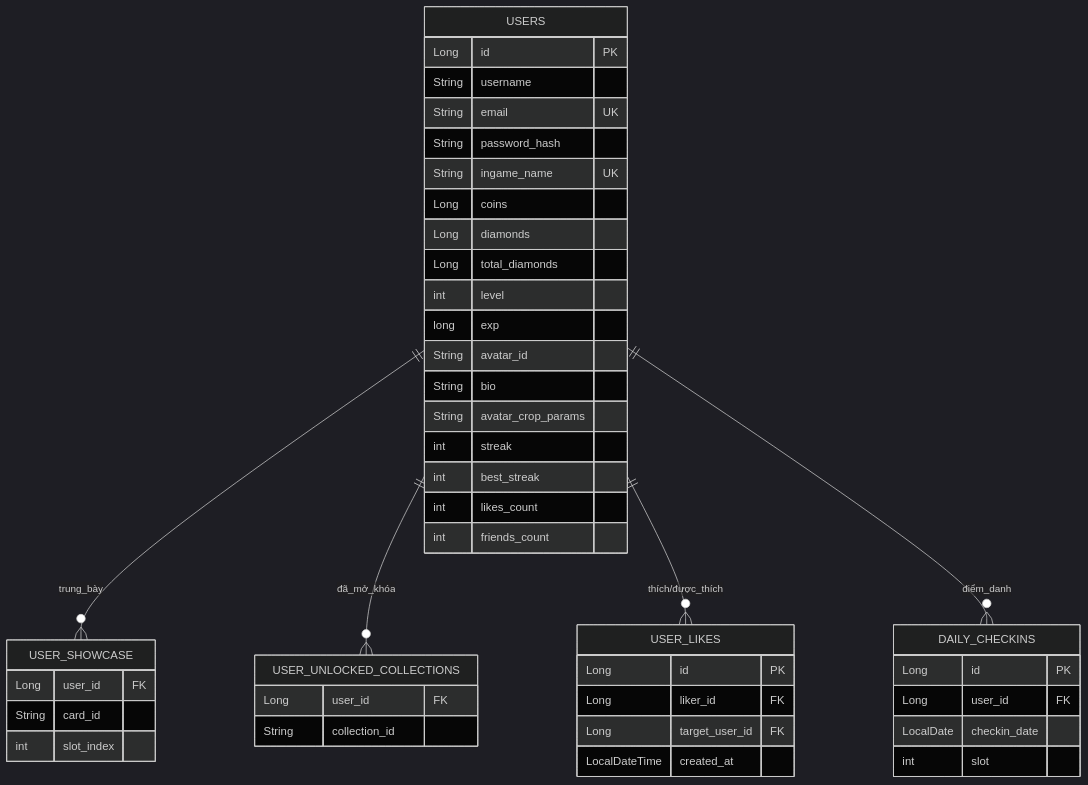
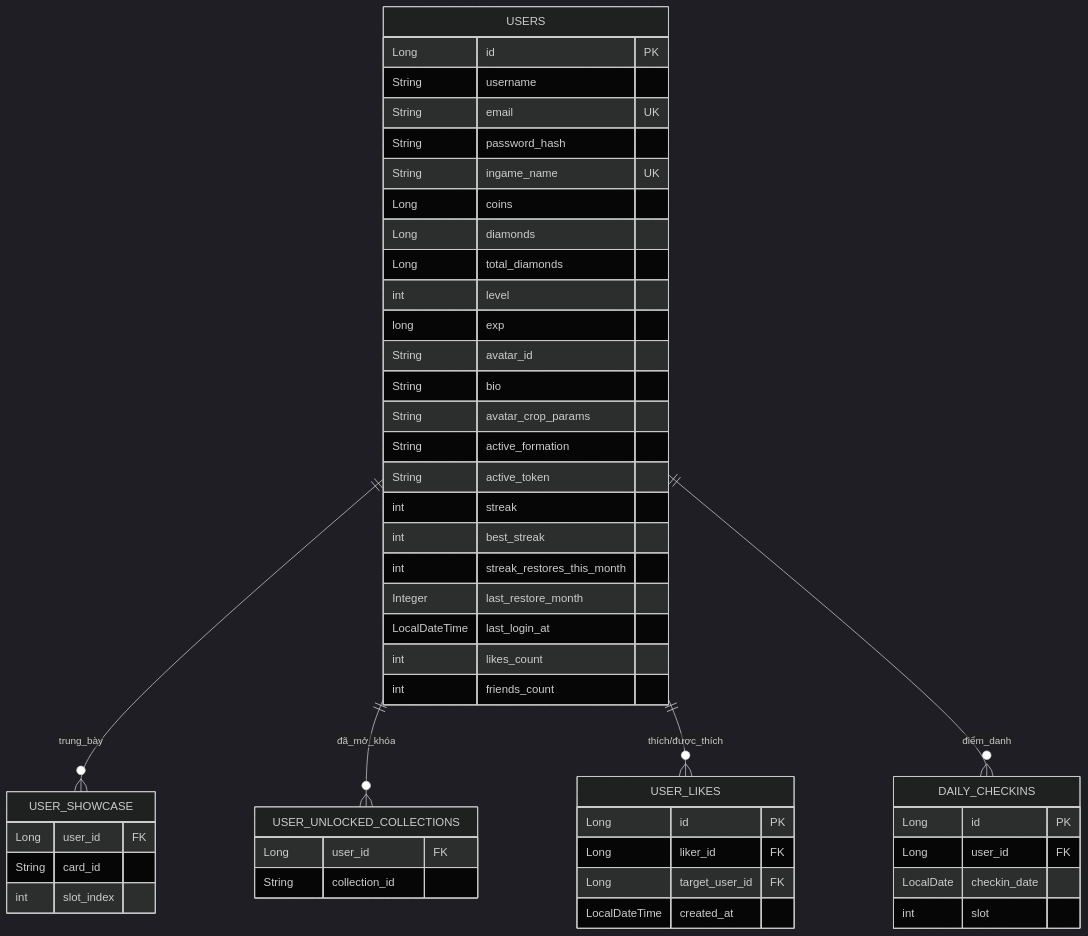
The second of 6 diagrams in 01_backend_architecture.md (binss-AUG/Mosco-Android), drawn with Mermaid before and after one commit. The commit also changed other lines of this file, not shown here.

````diff
--- a/01_backend_architecture.md
+++ b/01_backend_architecture.md
@@ -88,48 +88,53 @@
 ```mermaid
 %%{init: {'theme': 'dark', 'themeVariables': {'fontSize': '16px', 'fontFamily': 'Inter, Arial, sans-serif', 'labelFontSize': '14px'}}}%%
 erDiagram
     USERS {
         Long id PK
         String username
         String email UK
         String password_hash
         String ingame_name UK
         Long coins
         Long diamonds
         Long total_diamonds
         int level
         long exp
         String avatar_id
         String bio
         String avatar_crop_params
+        String active_formation
+        String active_token
         int streak
         int best_streak
+        int streak_restores_this_month
+        Integer last_restore_month
+        LocalDateTime last_login_at
         int likes_count
         int friends_count
     }
     USER_SHOWCASE {
         Long user_id FK
         String card_id
         int slot_index
     }
     USER_UNLOCKED_COLLECTIONS {
         Long user_id FK
         String collection_id
     }
     USER_LIKES {
         Long id PK
         Long liker_id FK
         Long target_user_id FK
         LocalDateTime created_at
     }
     DAILY_CHECKINS {
         Long id PK
         Long user_id FK
         LocalDate checkin_date
         int slot
     }
     USERS ||--o{ USER_SHOWCASE : "trung_bày"
     USERS ||--o{ USER_UNLOCKED_COLLECTIONS : "đã_mở_khóa"
     USERS ||--o{ USER_LIKES : "thích/được_thích"
     USERS ||--o{ DAILY_CHECKINS : "điểm_danh"
 ```
````
